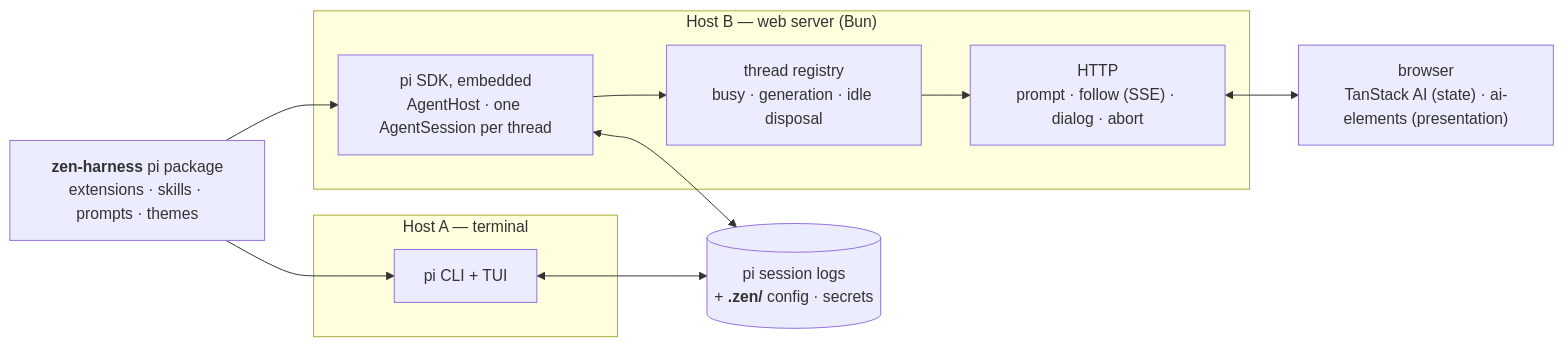
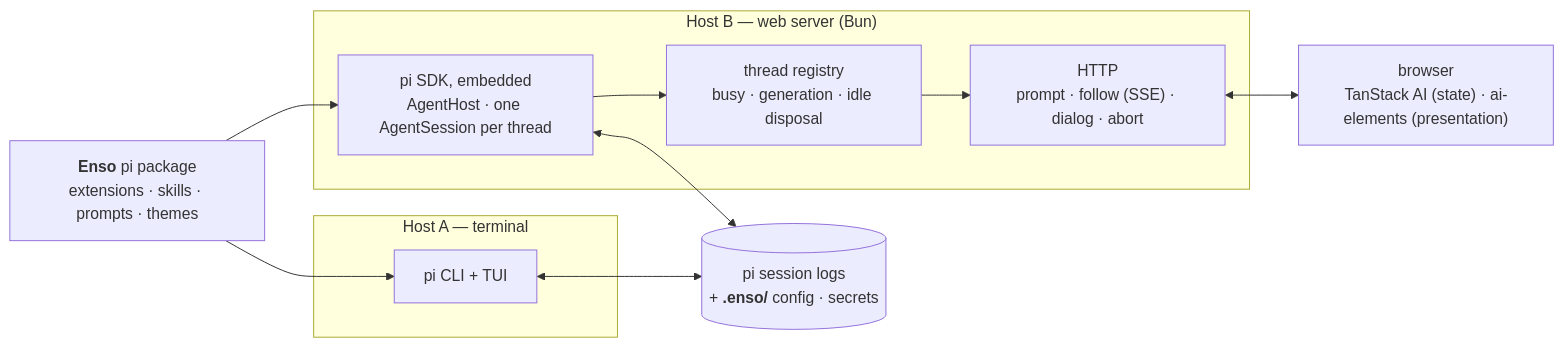
One commit to dopamine911/enso-harness changed the first of 6 diagrams in docs/architecture.md. Above: the diagram before and after it, drawn with Mermaid. The commit also changed other lines of this file and 221 other files, not shown here.

First line of the commit message:
zen-harness is Enso

````diff
--- a/docs/architecture.md
+++ b/docs/architecture.md
@@ -38,23 +38,23 @@
 ```mermaid
 graph LR
   subgraph termhost["Host A — terminal"]
     PITUI["pi CLI + TUI"]
   end
 
   subgraph webhost["Host B — web server (Bun)"]
     SDK["pi SDK, embedded<br/>AgentHost · one AgentSession per thread"]
     REG["thread registry<br/>busy · generation · idle disposal"]
     HTTP["HTTP<br/>prompt · follow (SSE) · dialog · abort"]
   end
 
-  PKG["<b>zen-harness</b> pi package<br/>extensions · skills · prompts · themes"]
-  STATE[("pi session logs<br/>+ <b>.zen/</b> config · secrets")]
+  PKG["<b>Enso</b> pi package<br/>extensions · skills · prompts · themes"]
+  STATE[("pi session logs<br/>+ <b>.enso/</b> config · secrets")]
   BROWSER["browser<br/>TanStack AI (state) · ai-elements (presentation)"]
 
   PKG --> PITUI
   PKG --> SDK
   PITUI <--> STATE
   SDK <--> STATE
   SDK --> REG --> HTTP
   HTTP <--> BROWSER
 ```
````
